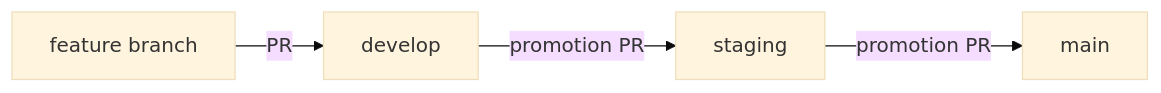
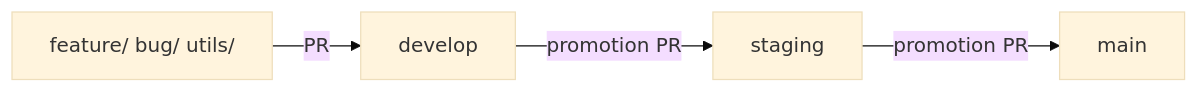
One commit to mikael-dzoss/foodbiz-pwa changed the diagram in docs/CONTRIBUTING.md. Above: the diagram before and after it, drawn with Mermaid (base theme). The commit also changed other lines of this file and 32 other files, not shown here.

````diff
--- a/docs/CONTRIBUTING.md
+++ b/docs/CONTRIBUTING.md
@@ -13,6 +13,6 @@
 ```mermaid
 flowchart LR
-  F["feature branch"] -->|"PR"| D["develop"]
+  F["feature/ bug/ utils/"] -->|"PR"| D["develop"]
   D -->|"promotion PR"| S["staging"]
   S -->|"promotion PR"| M["main"]
 ```
````
